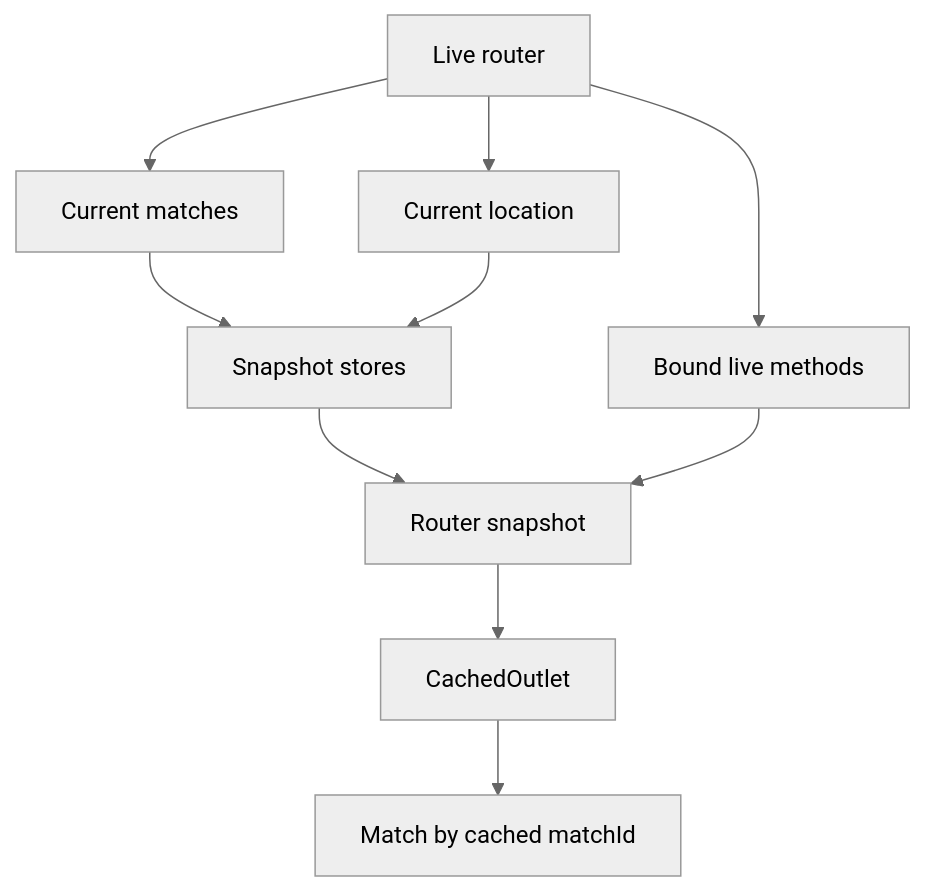
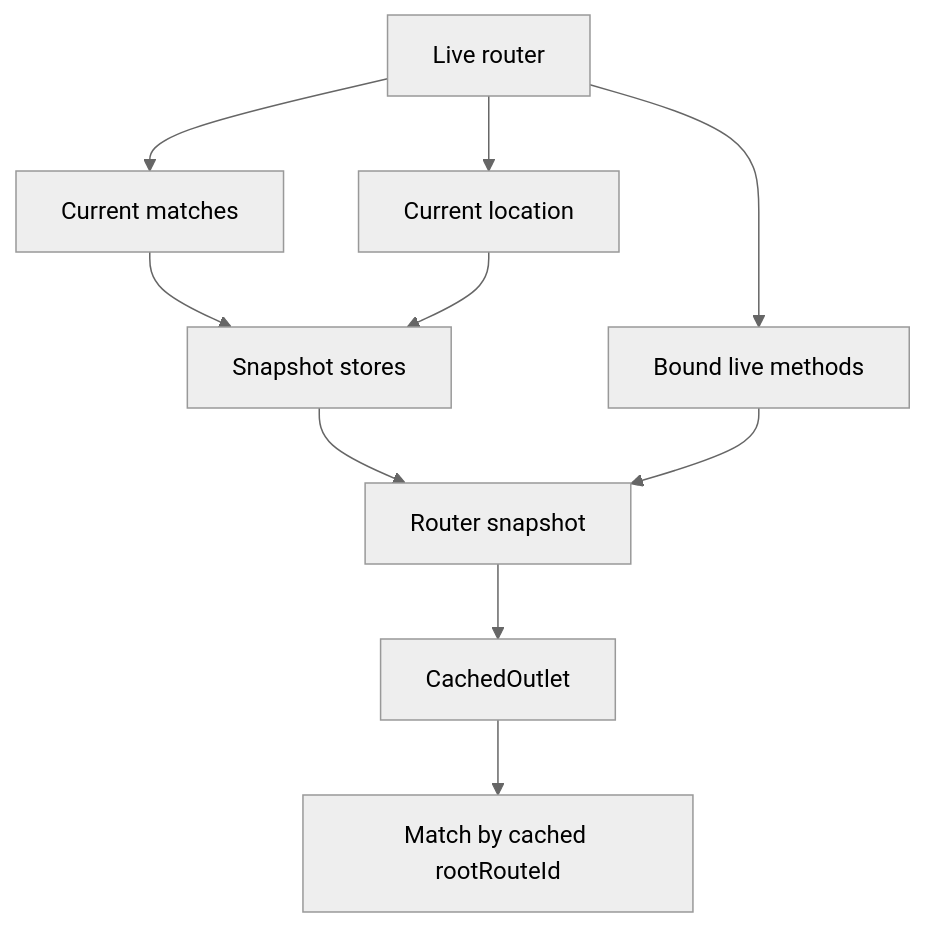
Before and after one commit to santiago-ramos-02/tanstack-router-cache: the fifth of 15 diagrams in docs/architecture.md, drawn with Mermaid (neutral theme). The commit also changed other lines of this file and 8 other files, not shown here.

````diff
--- a/docs/architecture.md
+++ b/docs/architecture.md
@@ -161,21 +161,21 @@
 ```mermaid
 flowchart TD
   liveRouter["Live router"]
   matches["Current matches"]
   location["Current location"]
   snapshotStores["Snapshot stores"]
   liveMethods["Bound live methods"]
   routerSnapshot["Router snapshot"]
   cachedOutlet["CachedOutlet"]
-  match["Match by cached matchId"]
+  match["Match by cached rootRouteId"]
 
   liveRouter --> matches
   liveRouter --> location
   matches --> snapshotStores
   location --> snapshotStores
   liveRouter --> liveMethods
   snapshotStores --> routerSnapshot
   liveMethods --> routerSnapshot
   routerSnapshot --> cachedOutlet
   cachedOutlet --> match
 ```
````
